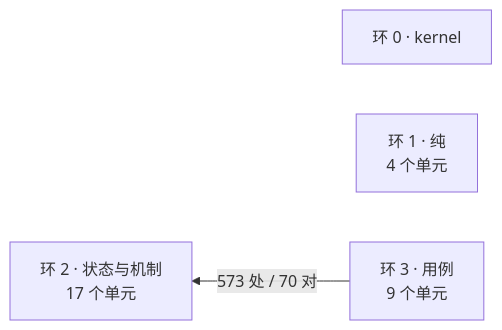
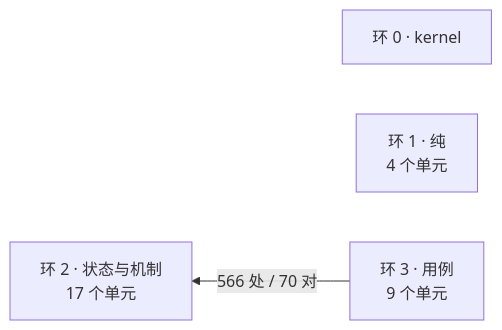
Before and after one commit to theRMM714/Solomni: the diagram in docs/architecture/dependency-map.md, drawn with Mermaid. The commit also changed other lines of this file and 61 other files, not shown here.

````diff
--- a/docs/architecture/dependency-map.md
+++ b/docs/architecture/dependency-map.md
@@ -14,8 +14,8 @@
 ```mermaid
 flowchart RL
   R0["环 0 · kernel"]
   R1["环 1 · 纯<br/>4 个单元"]
   R2["环 2 · 状态与机制<br/>17 个单元"]
   R3["环 3 · 用例<br/>9 个单元"]
-  R3 -->|"573 处 / 70 对"| R2
+  R3 -->|"566 处 / 70 对"| R2
 ```
````
